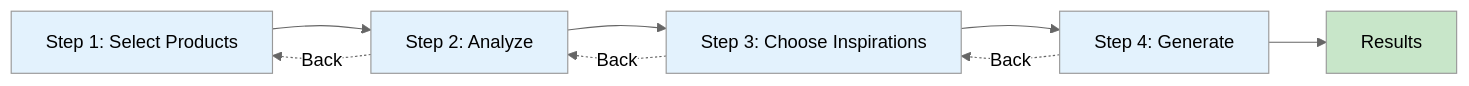
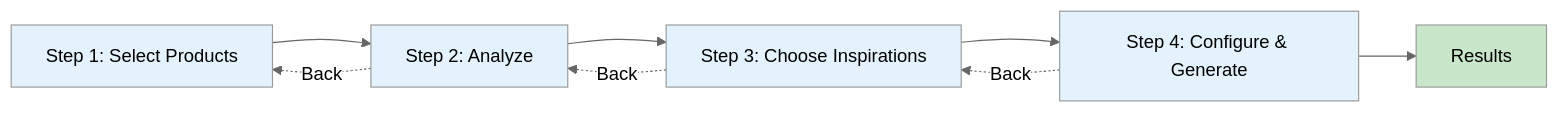
Before and after one commit to shlior7/epox-monorepo: the third of 13 diagrams in apps/scenergy-visualizer/design-log/004-user-flows-journey.md, drawn with Mermaid (neutral theme). The commit also changed other lines of this file and 8 other files, not shown here.

````diff
--- a/apps/scenergy-visualizer/design-log/004-user-flows-journey.md
+++ b/apps/scenergy-visualizer/design-log/004-user-flows-journey.md
@@ -269,17 +270,17 @@
 ```mermaid
 graph LR
     A[Step 1: Select Products] --> B[Step 2: Analyze]
     B --> C[Step 3: Choose Inspirations]
-    C --> D[Step 4: Generate]
+    C --> D[Step 4: Configure & Generate]
     D --> E[Results]
 
     B -.Back.-> A
     C -.Back.-> B
     D -.Back.-> C
 
     style A fill:#e3f2fd
     style B fill:#e3f2fd
     style C fill:#e3f2fd
     style D fill:#e3f2fd
     style E fill:#c8e6c9
 ```
````
